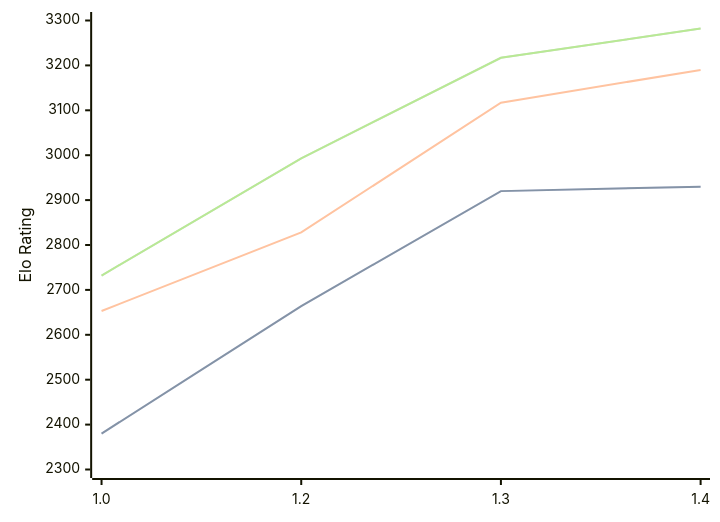
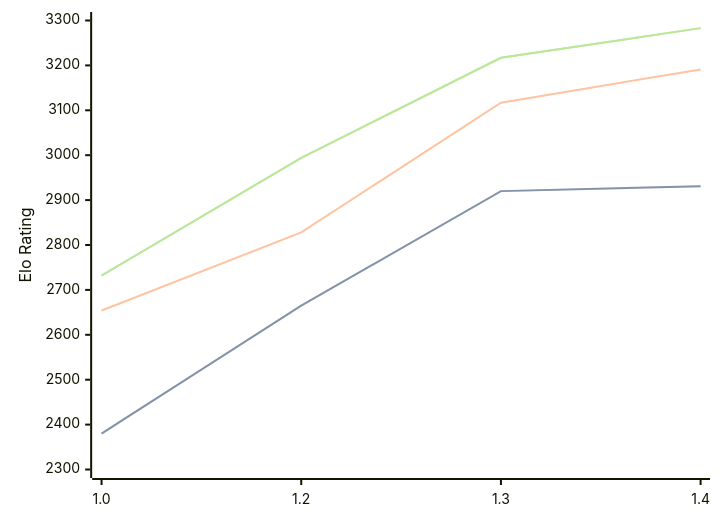
The diagram in engines/Chessnix.md (computer-chess-index/cci), drawn with Mermaid before and after one commit. The commit also changed other lines of this file, not shown here.

Commit message:
Update CCI Ratings (ELO VLTC) - 2026-05-17

````diff
--- a/engines/Chessnix.md
+++ b/engines/Chessnix.md
@@ -36,11 +36,11 @@
 ```mermaid
 %%{init: {"theme":"base","themeVariables":{"seriesColors:['#a3a3a3','#222221','#faa371']}}}%%
 xychart-beta
   x-axis ["1.0", "1.2", "1.3", "1.4"]
   y-axis "Elo Rating" 2300 --> 3300
-  line "STC (8.0+0.08s)" [2380, 2664, 2920, 2930]
-  line "STC (8.0+0.08s)" [2380, 2664, 2920, 2930]
-  line "LTC (60.0+0.60s)" [2653, 2828, 3117, 3190]
-  line "VLTC (2m24s+1.12s)" [2732, 2993, 3217, 3282]
-  line "VLTC (2m24s+1.12s)" [2732, 2993, 3217, 3282]
+  line "STC (8.0+0.08s)" [2380, 2665, 2920, 2931]
+  line "STC (8.0+0.08s)" [2380, 2665, 2920, 2931]
+  line "LTC (60.0+0.60s)" [2654, 2828, 3117, 3191]
+  line "VLTC (2m24s+1.12s)" [2732, 2994, 3217, 3283]
+  line "VLTC (2m24s+1.12s)" [2732, 2994, 3217, 3283]
 ```
````
